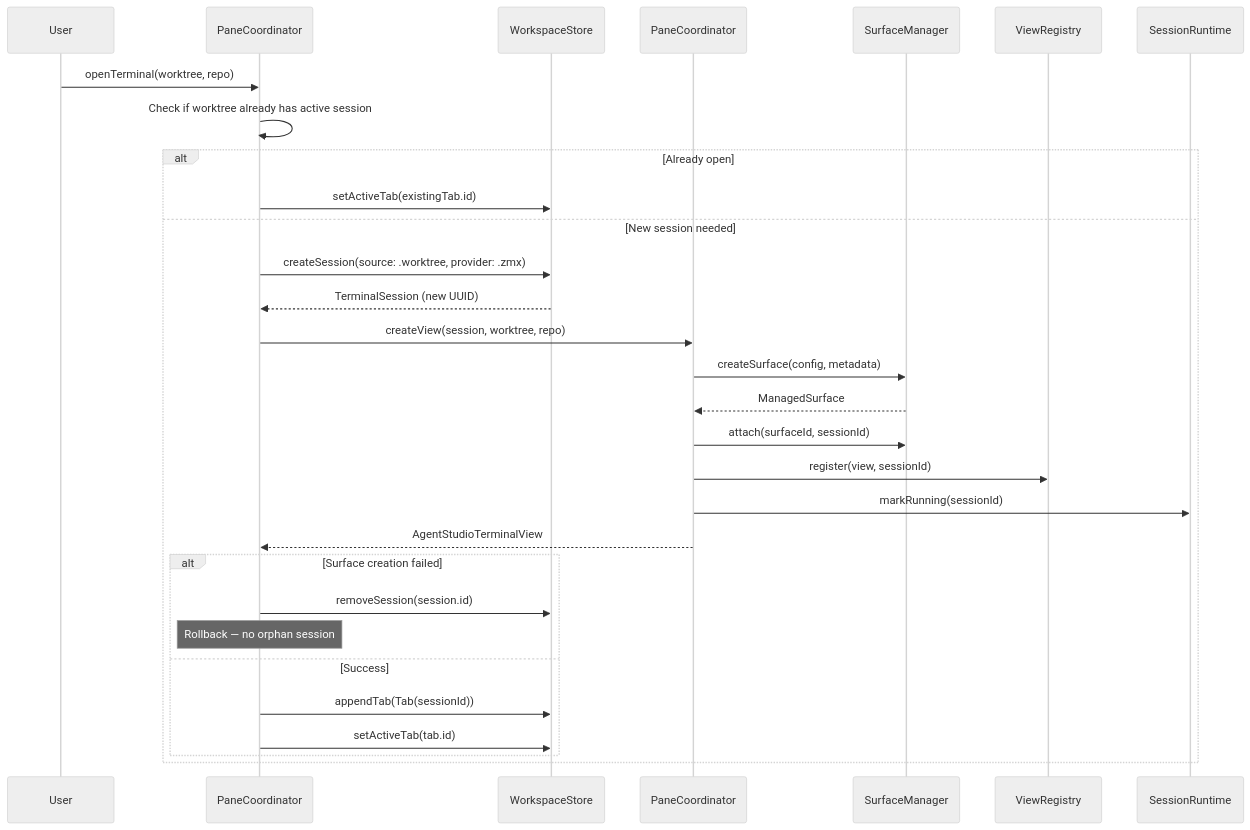
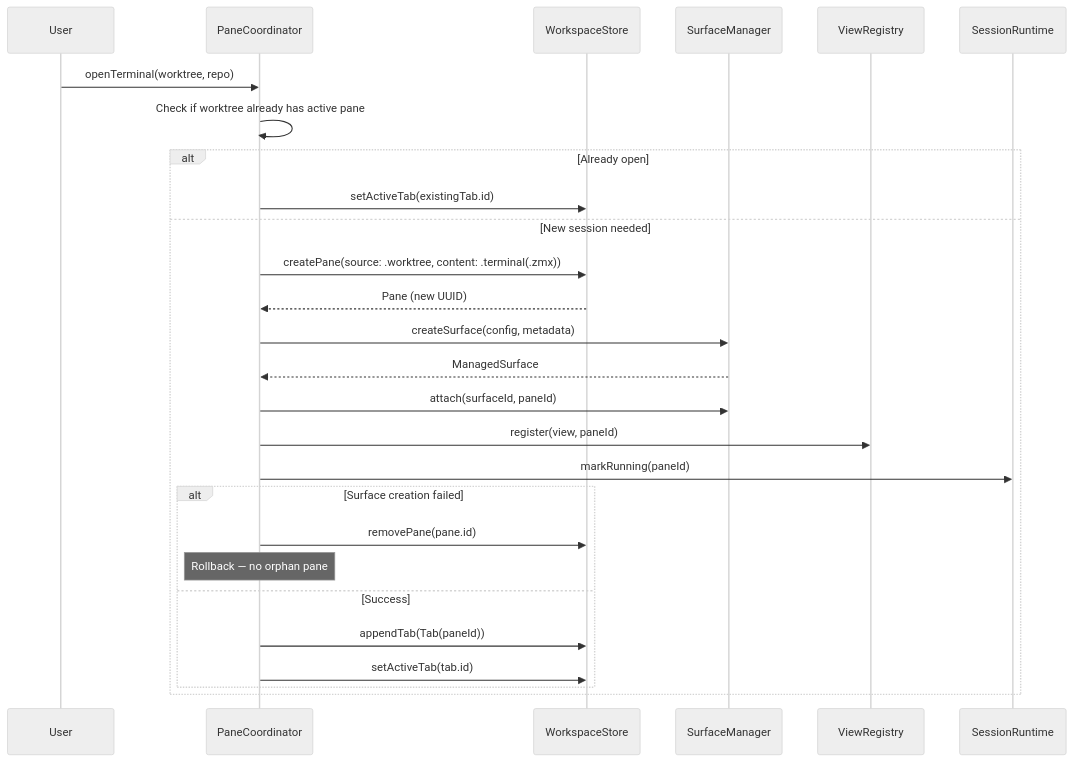
Before and after one commit to ShravanSunder/agentstudio: the third of 5 diagrams in docs/architecture/session_lifecycle.md, drawn with Mermaid (neutral theme). The commit also changed other lines of this file and 15 other files, not shown here.

````diff
--- a/docs/architecture/session_lifecycle.md
+++ b/docs/architecture/session_lifecycle.md
@@ -81,34 +79,31 @@
 ```mermaid
 sequenceDiagram
     participant User
-    participant AE as PaneCoordinator
+    participant PC as PaneCoordinator
     participant Store as WorkspaceStore
-    participant Coord as PaneCoordinator
     participant SM as SurfaceManager
     participant VR as ViewRegistry
     participant RT as SessionRuntime
 
-    User->>AE: openTerminal(worktree, repo)
-    AE->>AE: Check if worktree already has active session
+    User->>PC: openTerminal(worktree, repo)
+    PC->>PC: Check if worktree already has active pane
     alt Already open
-        AE->>Store: setActiveTab(existingTab.id)
+        PC->>Store: setActiveTab(existingTab.id)
     else New session needed
-        AE->>Store: createSession(source: .worktree, provider: .zmx)
-        Store-->>AE: TerminalSession (new UUID)
-        AE->>Coord: createView(session, worktree, repo)
-        Coord->>SM: createSurface(config, metadata)
-        SM-->>Coord: ManagedSurface
-        Coord->>SM: attach(surfaceId, sessionId)
-        Coord->>VR: register(view, sessionId)
-        Coord->>RT: markRunning(sessionId)
-        Coord-->>AE: AgentStudioTerminalView
+        PC->>Store: createPane(source: .worktree, content: .terminal(.zmx))
+        Store-->>PC: Pane (new UUID)
+        PC->>SM: createSurface(config, metadata)
+        SM-->>PC: ManagedSurface
+        PC->>SM: attach(surfaceId, paneId)
+        PC->>VR: register(view, paneId)
+        PC->>RT: markRunning(paneId)
 
         alt Surface creation failed
-            AE->>Store: removeSession(session.id)
-            Note over AE: Rollback — no orphan session
+            PC->>Store: removePane(pane.id)
+            Note over PC: Rollback — no orphan pane
         else Success
-            AE->>Store: appendTab(Tab(sessionId))
-            AE->>Store: setActiveTab(tab.id)
+            PC->>Store: appendTab(Tab(paneId))
+            PC->>Store: setActiveTab(tab.id)
         end
     end
 ```
````
